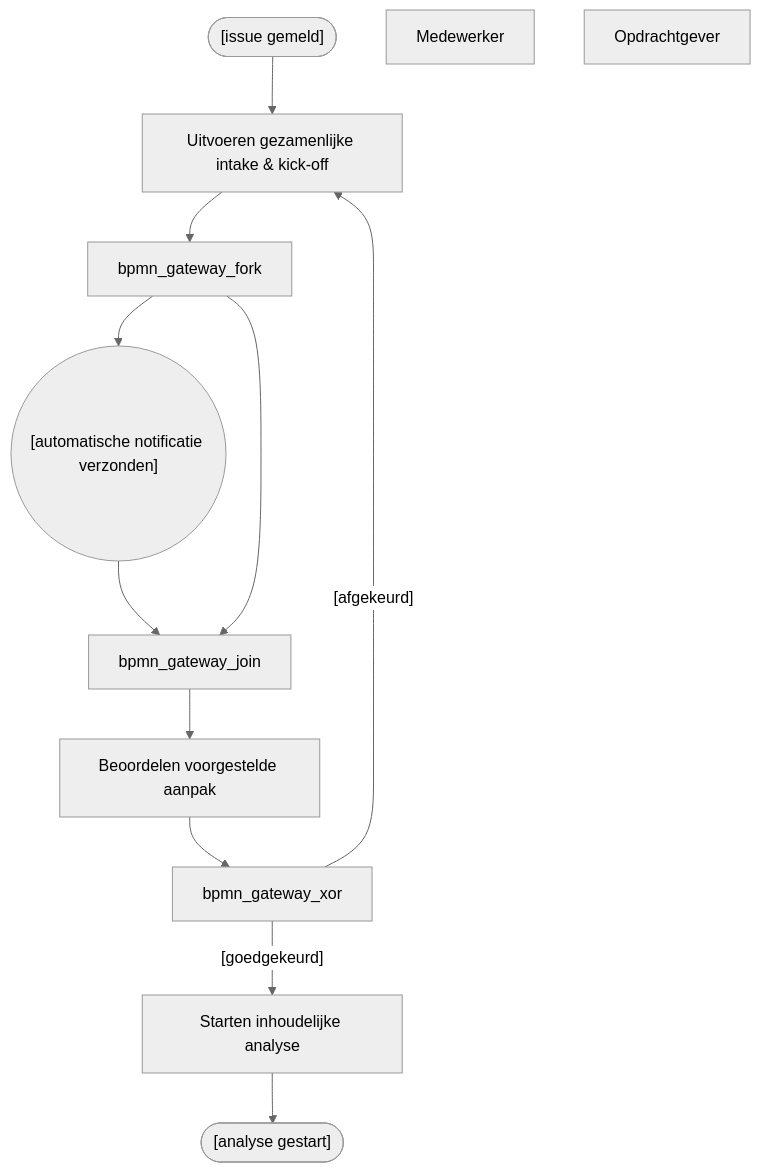
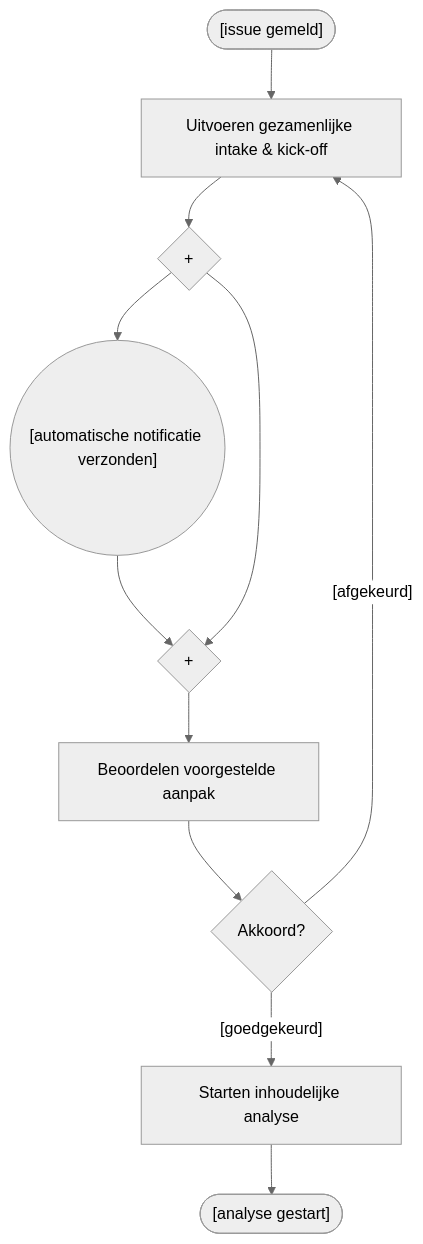
Before and after one commit to Zaibatsu89/IssueTracker: the diagram in 2 Issue Tracker review aanpak.mermaid, drawn with Mermaid (neutral theme). The commit also changed 12 other files, not shown here.

Commit message:
Added BPMN / Flowchart Gateways and decisions

```diff
--- a/2 Issue Tracker review aanpak.mermaid
+++ b/2 Issue Tracker review aanpak.mermaid
@@ -1,19 +1,20 @@
 flowchart TD
     bpmn_start_event(["[issue gemeld]"])
     bpmn_task_intake["Uitvoeren gezamenlijke intake & kick-off"]
+    bpmn_gateway_fork{"+"}
     bpmn_event_notification(("[automatische notificatie verzonden]"))
+    bpmn_gateway_join{"+"}
     bpmn_task_beoordeling["Beoordelen voorgestelde aanpak"]
+    bpmn_gateway_xor{"Akkoord?"}
     bpmn_task_analyse["Starten inhoudelijke analyse"]
     bpmn_end_event(["[analyse gestart]"])
-    mIc6XLMKuAxiAPNymMe0-20["Medewerker"]
-    mIc6XLMKuAxiAPNymMe0-21["Opdrachtgever"]
     bpmn_gateway_xor -->|"[goedgekeurd]"| bpmn_task_analyse
     bpmn_gateway_xor -->|"[afgekeurd]"| bpmn_task_intake
     bpmn_start_event --> bpmn_task_intake
     bpmn_task_intake --> bpmn_gateway_fork
     bpmn_gateway_fork --> bpmn_event_notification
     bpmn_event_notification --> bpmn_gateway_join
     bpmn_gateway_fork --> bpmn_gateway_join
     bpmn_gateway_join --> bpmn_task_beoordeling
     bpmn_task_beoordeling --> bpmn_gateway_xor
     bpmn_task_analyse --> bpmn_end_event
```
